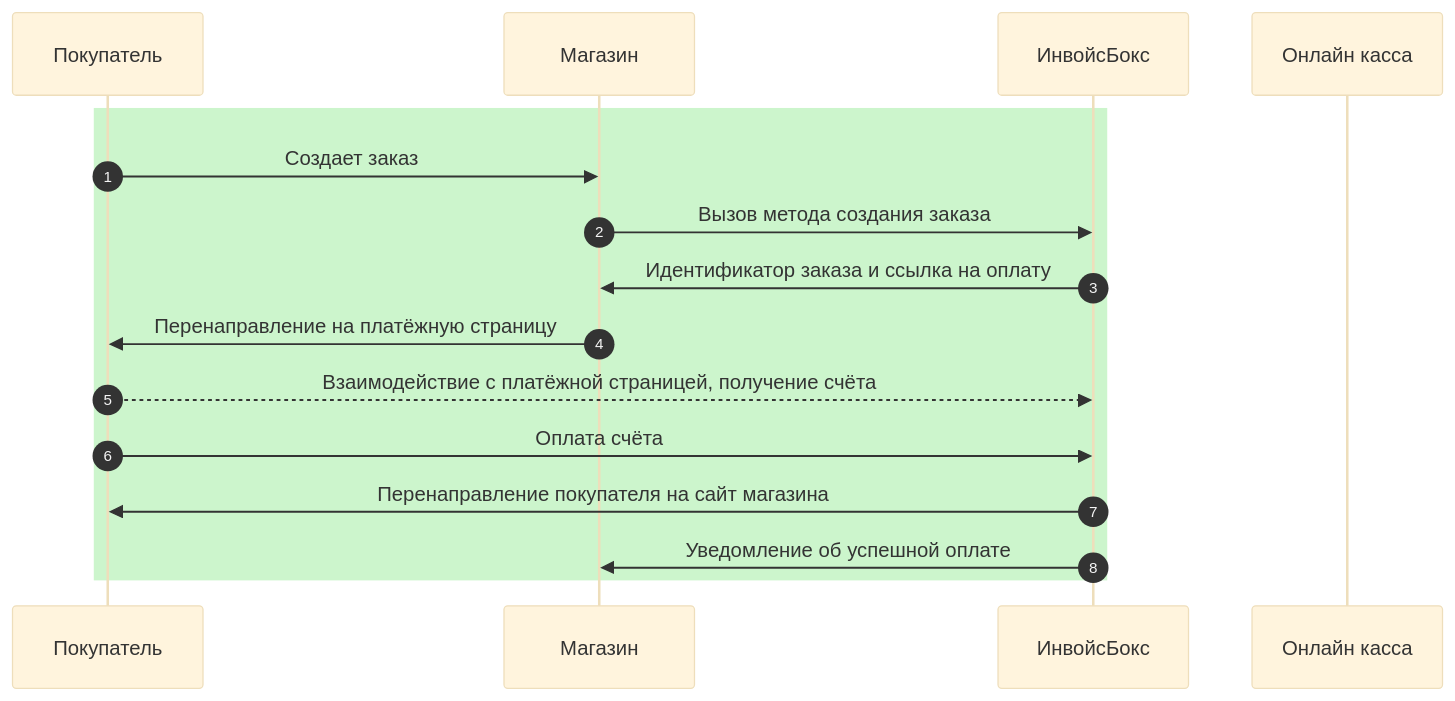
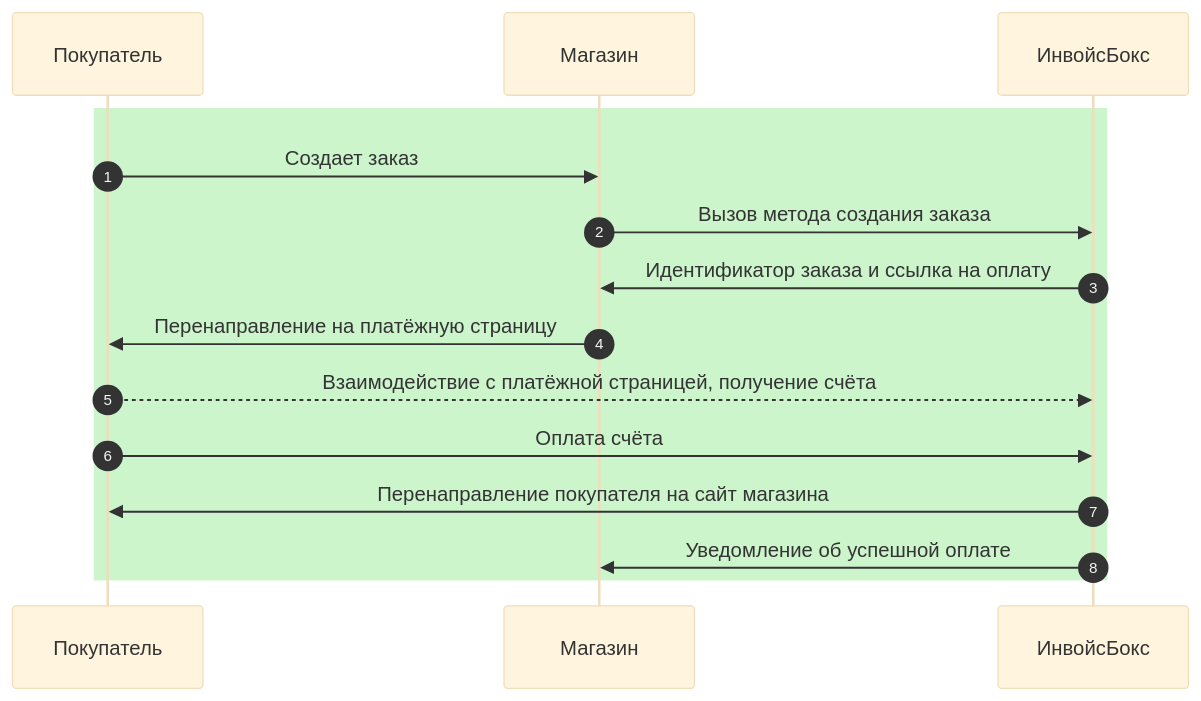
One commit to YIGRIKY/invoicebox-docs changed the fourth of 6 diagrams in docs/schema.md. Above: the diagram before and after it, drawn with Mermaid (base theme).

Commit message:
Scheme fix

```diff
--- a/docs/schema.md
+++ b/docs/schema.md
@@ -97,18 +97,17 @@
 <div class="mermaid">
 sequenceDiagram
     autonumber
     participant Покупатель
     participant Магазин
     participant ИнвойсБокс 
-    participant Онлайн касса
     rect rgb(204, 245, 204)
       Покупатель->>Магазин: Создает заказ
       Магазин->>ИнвойсБокс: Вызов метода создания заказа
       ИнвойсБокс->>Магазин: Идентификатор заказа и ссылка на оплату
       Магазин->>Покупатель: Перенаправление на платёжную страницу
       Покупатель-->>ИнвойсБокс: Взаимодействие с платёжной страницей, получение счёта
       Покупатель->>ИнвойсБокс: Оплата счёта
       ИнвойсБокс->>Покупатель: Перенаправление покупателя на сайт магазина
       ИнвойсБокс->>Магазин: Уведомление об успешной оплате
     end
 </div>
```
